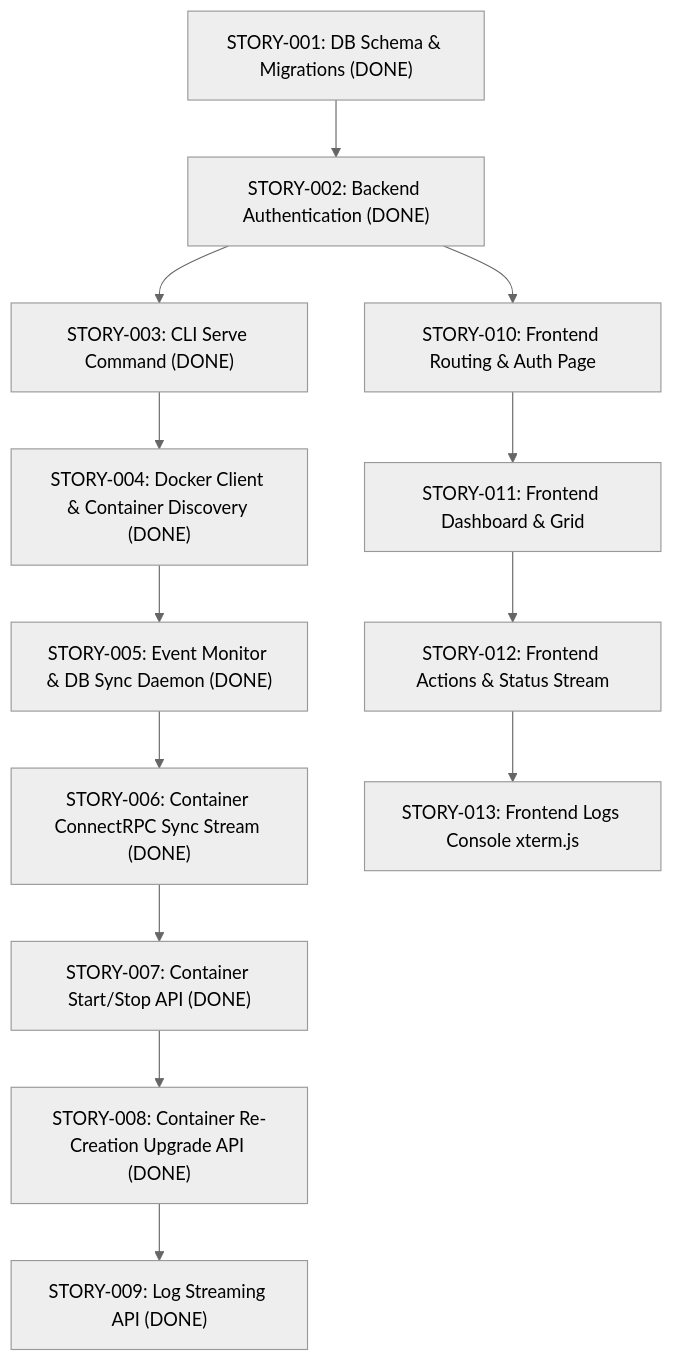
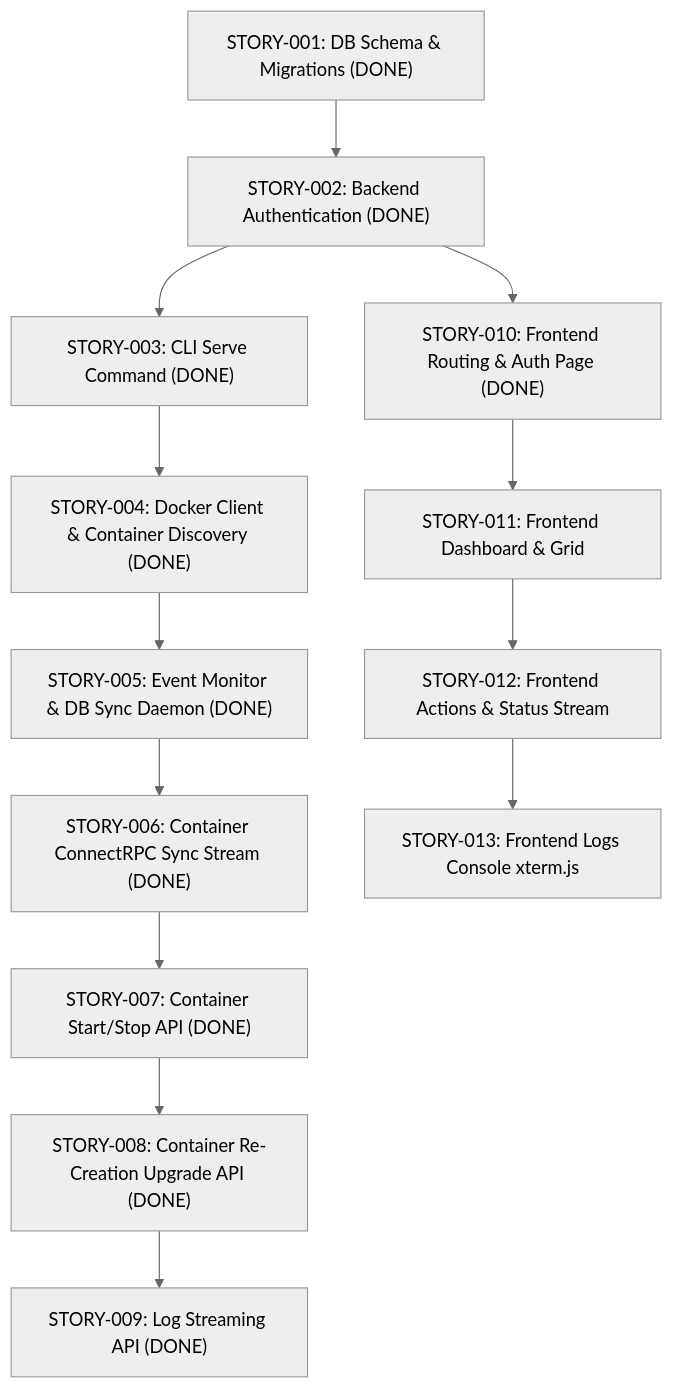
Before and after one commit to noosxe/dmanager: the diagram in docs/stories.md, drawn with Mermaid (neutral theme). The commit also changed other lines of this file and 13 other files, not shown here.

First line of the commit message:
feat: implement frontend routing and premium login/setup pages (#27)

````diff
--- a/docs/stories.md
+++ b/docs/stories.md
@@ -5,15 +5,15 @@
 ```mermaid
 graph TD
     S1["STORY-001: DB Schema & Migrations (DONE)"] --> S2["STORY-002: Backend Authentication (DONE)"]
     S2 --> S3["STORY-003: CLI Serve Command (DONE)"]
     S3 --> S4["STORY-004: Docker Client & Container Discovery (DONE)"]
     S4 --> S5["STORY-005: Event Monitor & DB Sync Daemon (DONE)"]
     S5 --> S6["STORY-006: Container ConnectRPC Sync Stream (DONE)"]
     S6 --> S7["STORY-007: Container Start/Stop API (DONE)"]
     S7 --> S8["STORY-008: Container Re-Creation Upgrade API (DONE)"]
     S8 --> S9["STORY-009: Log Streaming API (DONE)"]
-    S2 --> F1[STORY-010: Frontend Routing & Auth Page]
+    S2 --> F1["STORY-010: Frontend Routing & Auth Page (DONE)"]
     F1 --> F2[STORY-011: Frontend Dashboard & Grid]
     F2 --> F3[STORY-012: Frontend Actions & Status Stream]
     F3 --> F4[STORY-013: Frontend Logs Console xterm.js]
 ```
````
